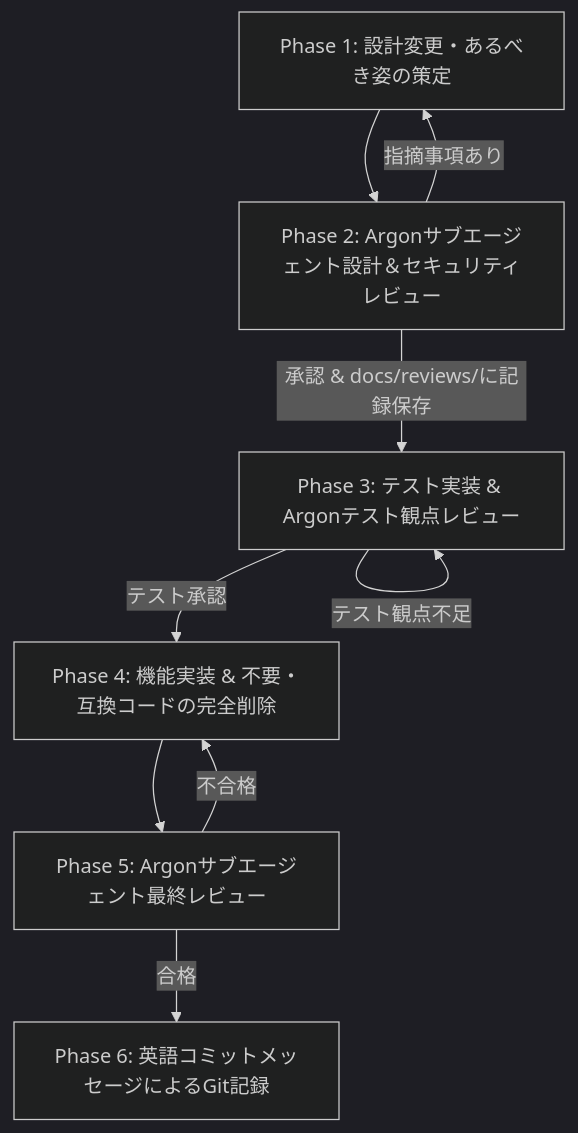
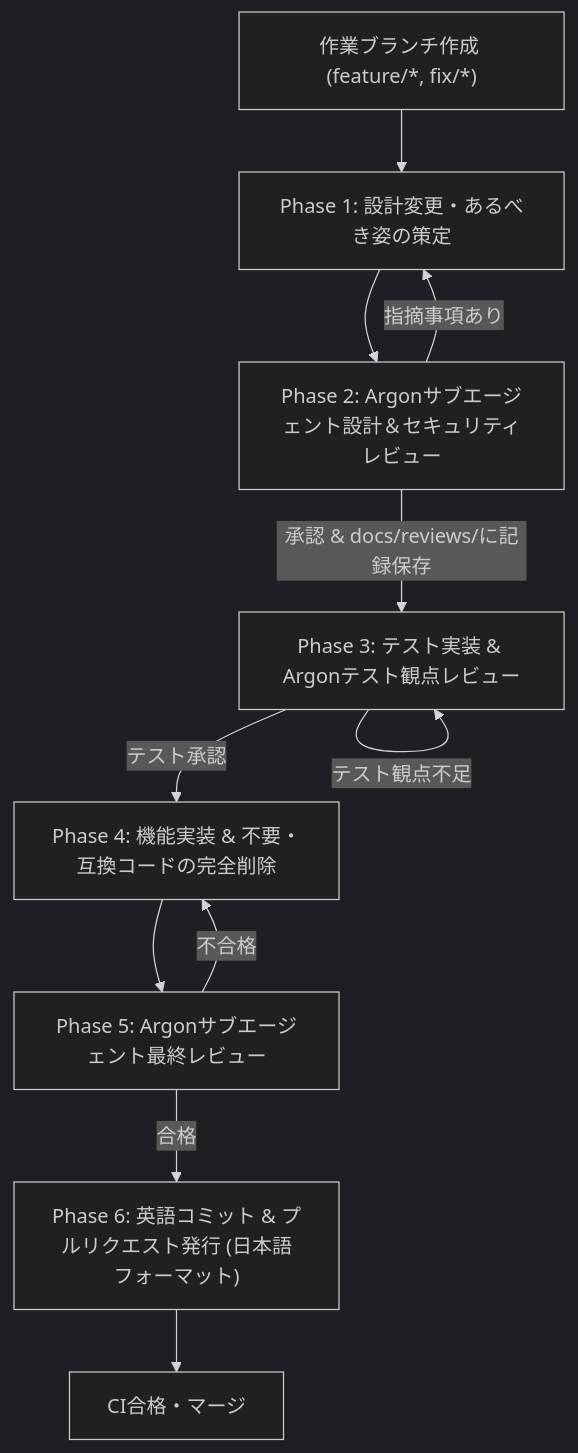
The diagram in docs/development_process.md (tekuteku-life/yose), drawn with Mermaid (dark theme) before and after one commit. The commit also changed other lines of this file and 3 other files, not shown here.

````diff
--- a/docs/development_process.md
+++ b/docs/development_process.md
@@ -22,11 +25,13 @@
 ```mermaid
 flowchart TD
-    P1["Phase 1: 設計変更・あるべき姿の策定"] --> P2["Phase 2: Argonサブエージェント設計＆セキュリティレビュー"]
+    B0["作業ブランチ作成 (feature/*, fix/*)"] --> P1["Phase 1: 設計変更・あるべき姿の策定"]
+    P1 --> P2["Phase 2: Argonサブエージェント設計＆セキュリティレビュー"]
     P2 -->|指摘事項あり| P1
     P2 -->|承認 & docs/reviews/に記録保存| P3["Phase 3: テスト実装 & Argonテスト観点レビュー"]
     P3 -->|テスト観点不足| P3
     P3 -->|テスト承認| P4["Phase 4: 機能実装 & 不要・互換コードの完全削除"]
     P4 --> P5["Phase 5: Argonサブエージェント最終レビュー"]
     P5 -->|不合格| P4
-    P5 -->|合格| P6["Phase 6: 英語コミットメッセージによるGit記録"]
+    P5 -->|合格| P6["Phase 6: 英語コミット & プルリクエスト発行 (日本語フォーマット)"]
+    P6 --> P7["CI合格・マージ"]
 ```
````
